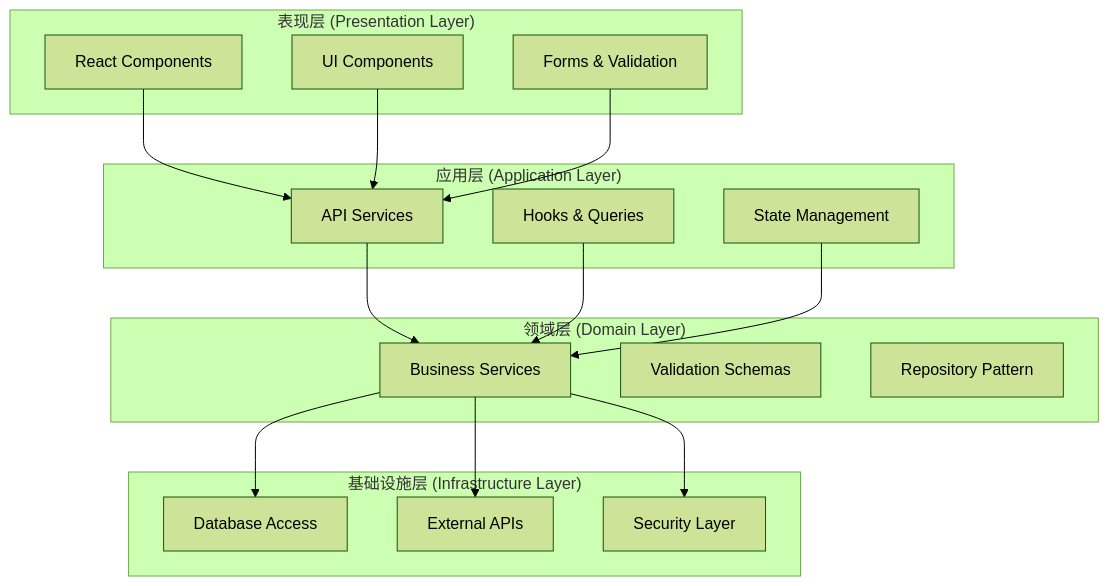
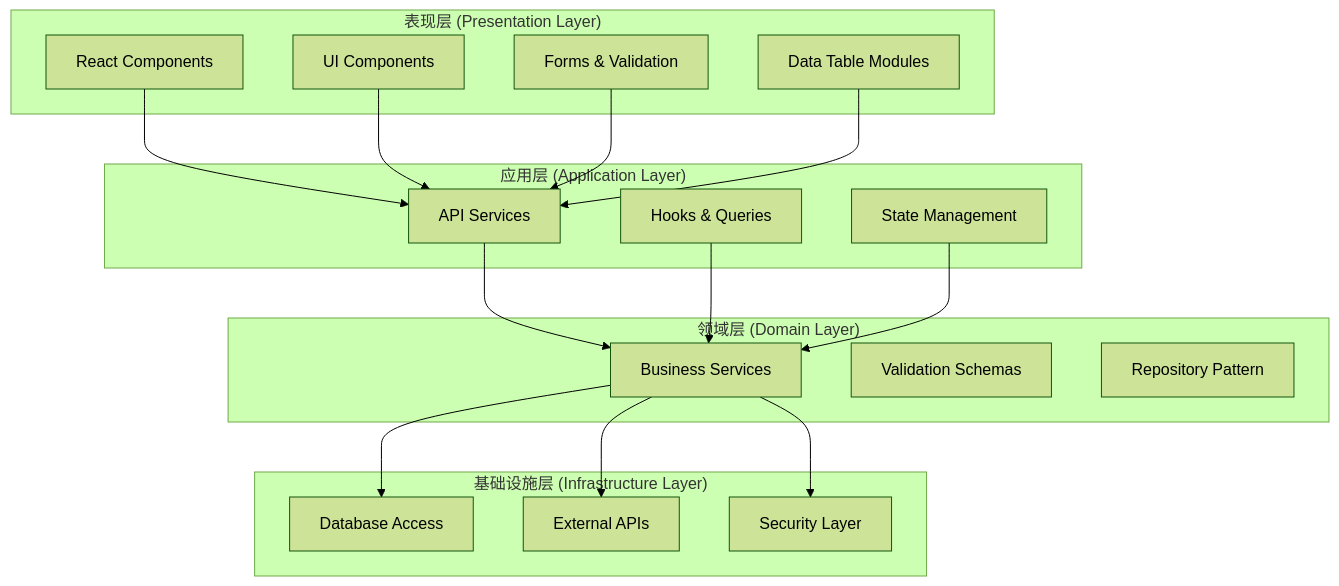
Before and after one commit to translateServers/nodes-stack: the fourth of 13 diagrams in .qoder/repowiki/zh/content/开发工具/UI_UX Pro Max 技能系统.md, drawn with Mermaid (forest theme). The commit also changed other lines of this file and 9 other files, not shown here.

````diff
--- a/.qoder/repowiki/zh/content/开发工具/UI_UX Pro Max 技能系统.md
+++ b/.qoder/repowiki/zh/content/开发工具/UI_UX Pro Max 技能系统.md
@@ -173,32 +189,34 @@
 ```mermaid
 graph TB
 subgraph "表现层 (Presentation Layer)"
 A[React Components]
 B[UI Components]
 C[Forms & Validation]
+D[Data Table Modules]
 end
 subgraph "应用层 (Application Layer)"
-D[API Services]
-E[Hooks & Queries]
-F[State Management]
+E[API Services]
+F[Hooks & Queries]
+G[State Management]
 end
 subgraph "领域层 (Domain Layer)"
-G[Business Services]
-H[Validation Schemas]
-I[Repository Pattern]
+H[Business Services]
+I[Validation Schemas]
+J[Repository Pattern]
 end
 subgraph "基础设施层 (Infrastructure Layer)"
-J[Database Access]
-K[External APIs]
-L[Security Layer]
+K[Database Access]
+L[External APIs]
+M[Security Layer]
 end
-A --> D
-B --> D
-C --> D
-D --> G
-E --> G
-F --> G
-G --> J
-G --> K
-G --> L
+A --> E
+B --> E
+C --> E
+D --> E
+E --> H
+F --> H
+G --> H
+H --> K
+H --> L
+H --> M
 ```
````
